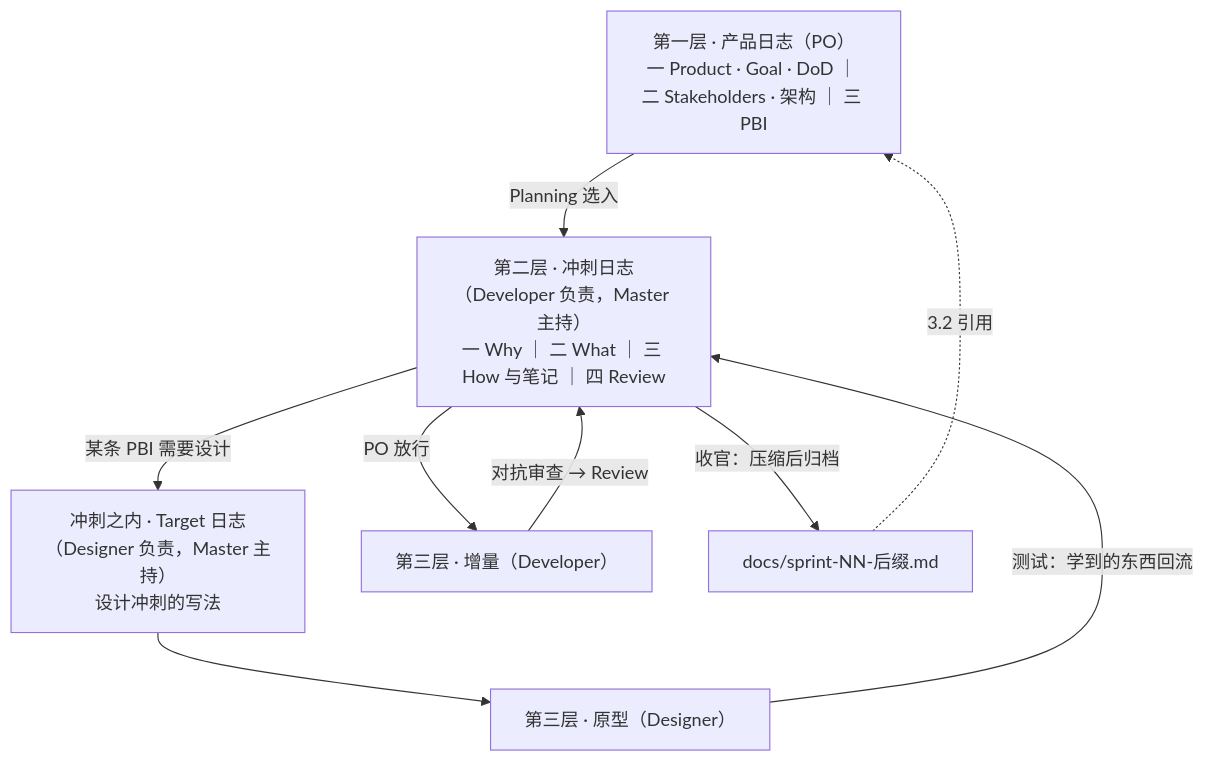
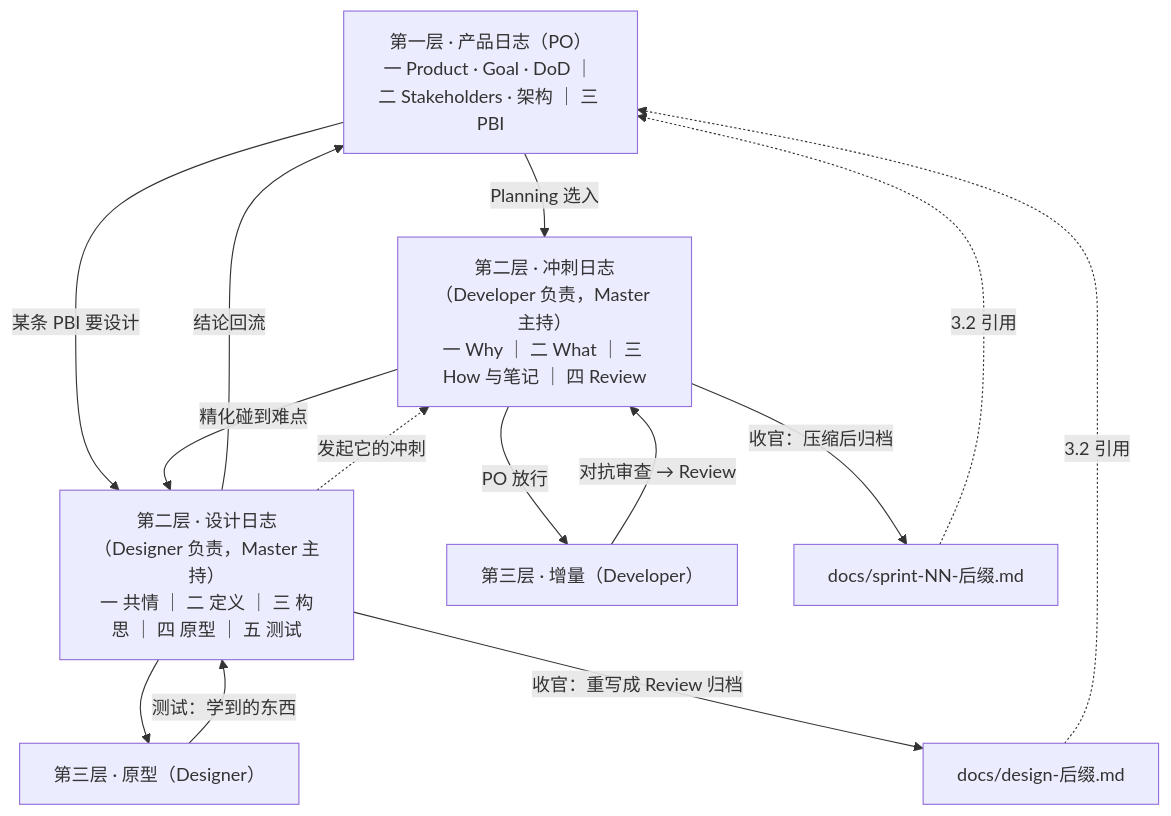
The second of 3 diagrams in scrum/ProductBacklog.md (seapawn1/IDEO-Scrum), drawn with Mermaid before and after one commit. The commit also changed other lines of this file and 1 other file, not shown here.

````diff
--- a/scrum/ProductBacklog.md
+++ b/scrum/ProductBacklog.md
@@ -99,12 +114,17 @@
 ```mermaid
 flowchart TD
     PL["第一层 · 产品日志（PO）<br/>一 Product · Goal · DoD ｜ 二 Stakeholders · 架构 ｜ 三 PBI"]
     PL -- "Planning 选入" --> SL["第二层 · 冲刺日志（Developer 负责，Master 主持）<br/>一 Why ｜ 二 What ｜ 三 How 与笔记 ｜ 四 Review"]
-    SL -- "某条 PBI 需要设计" --> TL["冲刺之内 · Target 日志（Designer 负责，Master 主持）<br/>设计冲刺的写法"]
+    PL -- "某条 PBI 要设计" --> DL["第二层 · 设计日志（Designer 负责，Master 主持）<br/>一 共情 ｜ 二 定义 ｜ 三 构思 ｜ 四 原型 ｜ 五 测试"]
+    SL -- "精化碰到难点" --> DL
     SL -- "PO 放行" --> INC["第三层 · 增量（Developer）"]
-    TL --> PR["第三层 · 原型（Designer）"]
+    DL --> PR["第三层 · 原型（Designer）"]
     INC -- "对抗审查 → Review" --> SL
-    PR -- "测试：学到的东西回流" --> SL
+    PR -- "测试：学到的东西" --> DL
+    DL -- "结论回流" --> PL
+    DL -. "发起它的冲刺" .-> SL
     SL -- "收官：压缩后归档" --> DOC["docs/sprint-NN-后缀.md"]
+    DL -- "收官：重写成 Review 归档" --> DDOC["docs/design-后缀.md"]
     DOC -. "3.2 引用" .-> PL
+    DDOC -. "3.2 引用" .-> PL
 ```
````
